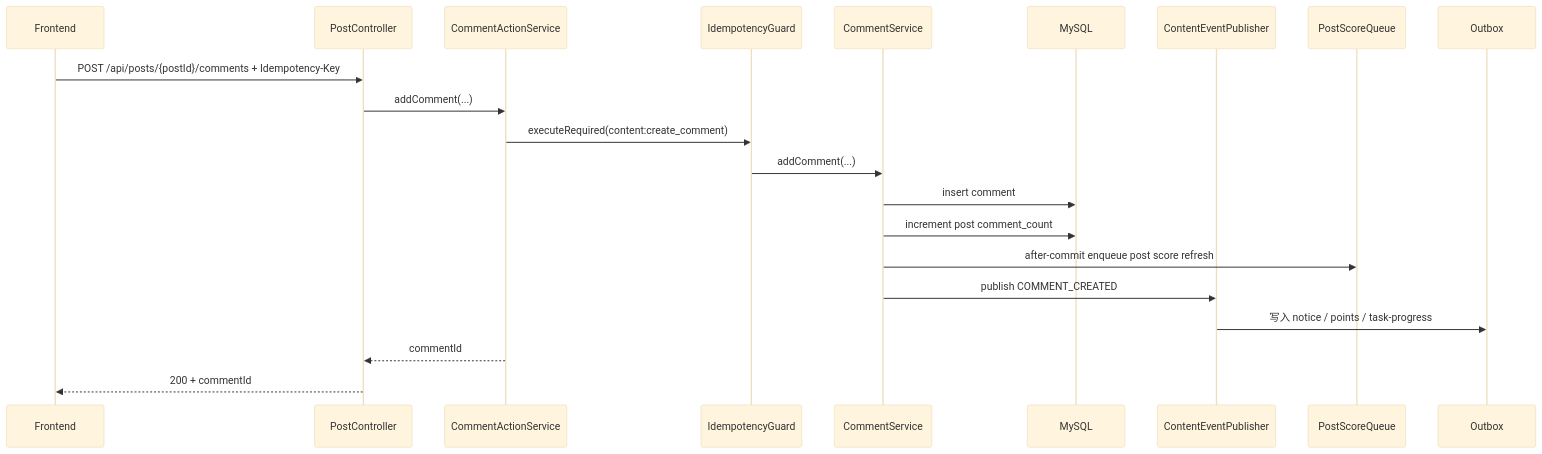
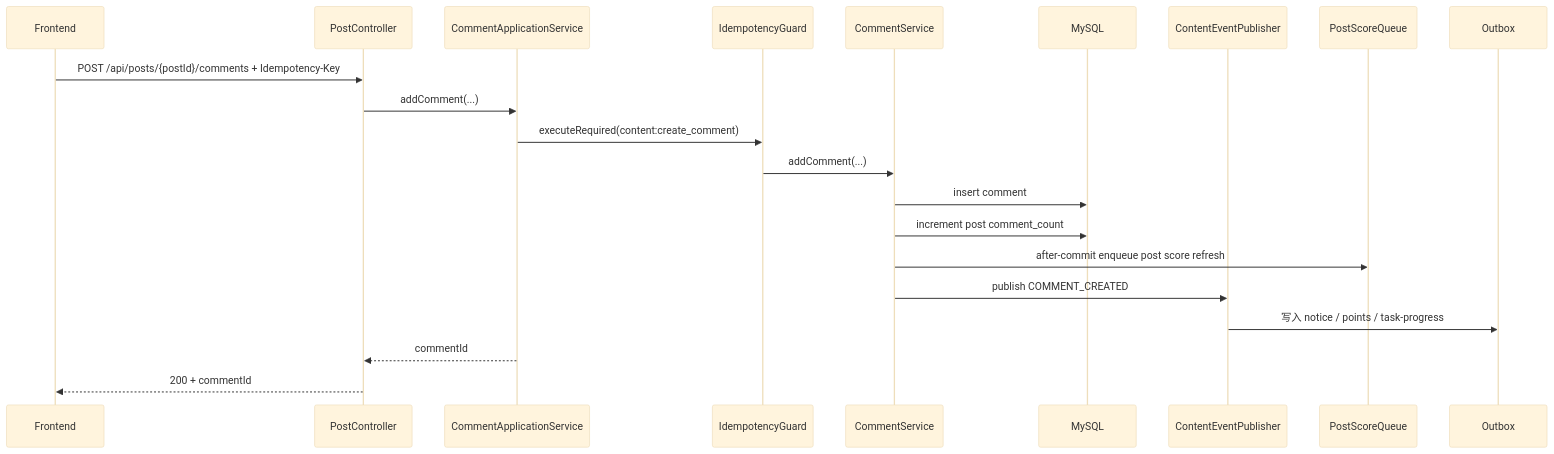
One commit to skt-shinyruo/community changed the second of 2 diagrams in docs/business-logic/content-post-comment-bookmark-subscription-flow.md. Above: the diagram before and after it, drawn with Mermaid (base theme). The commit also changed other lines of this file and 2 other files, not shown here.

Commit message:
docs: update content application service references

````diff
--- a/docs/business-logic/content-post-comment-bookmark-subscription-flow.md
+++ b/docs/business-logic/content-post-comment-bookmark-subscription-flow.md
@@ -281,24 +283,24 @@
 ```mermaid
 sequenceDiagram
     participant FE as Frontend
     participant CTRL as PostController
-    participant ACT as CommentActionService
+    participant ACT as CommentApplicationService
     participant IDEM as IdempotencyGuard
     participant SVC as CommentService
     participant DB as MySQL
     participant EVT as ContentEventPublisher
     participant SCORE as PostScoreQueue
     participant OUTBOX as Outbox
 
     FE->>CTRL: POST /api/posts/{postId}/comments + Idempotency-Key
     CTRL->>ACT: addComment(...)
     ACT->>IDEM: executeRequired(content:create_comment)
     IDEM->>SVC: addComment(...)
     SVC->>DB: insert comment
     SVC->>DB: increment post comment_count
     SVC->>SCORE: after-commit enqueue post score refresh
     SVC->>EVT: publish COMMENT_CREATED
     EVT->>OUTBOX: 写入 notice / points / task-progress
     ACT-->>CTRL: commentId
     CTRL-->>FE: 200 + commentId
 ```
````
